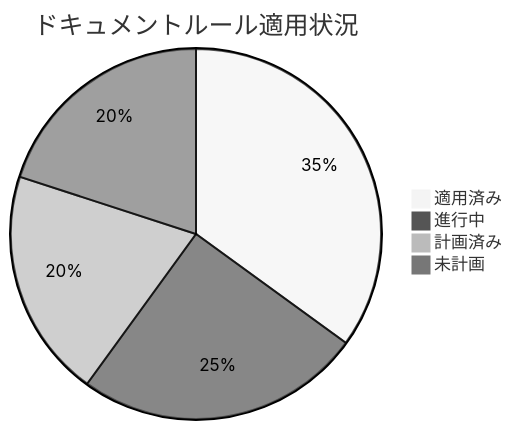
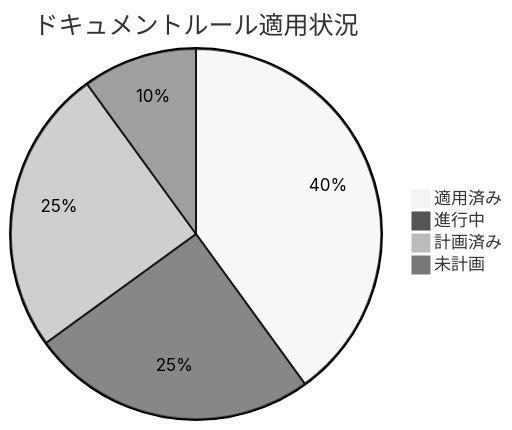
Before and after one commit to ToyB0x/git-resume: the first of 2 diagrams in docs/PROGRESS.md, drawn with Mermaid (neutral theme). The commit also changed other lines of this file and 3 other files, not shown here.

````diff
--- a/docs/PROGRESS.md
+++ b/docs/PROGRESS.md
@@ -16,7 +19,7 @@
 ```mermaid
 pie title ドキュメントルール適用状況
-    "適用済み" : 35
+    "適用済み" : 40
     "進行中" : 25
-    "計画済み" : 20
-    "未計画" : 20
+    "計画済み" : 25
+    "未計画" : 10
 ```
````
